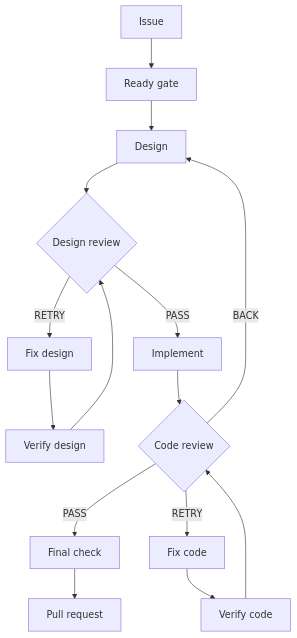
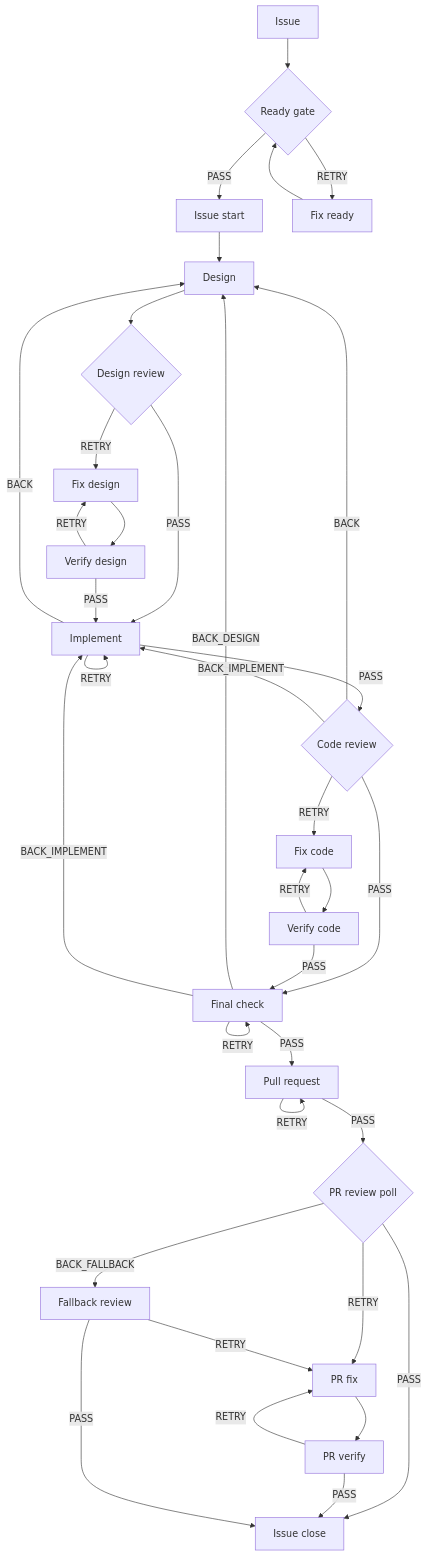
The diagram in README.ja.md (apokamo/kaji), drawn with Mermaid before and after one commit. The commit also changed 1 other file, not shown here.

Commit message:
docs: fix top README workflow diagram for #279

````diff
--- a/README.ja.md
+++ b/README.ja.md
@@ -43,19 +43,42 @@
 ```mermaid
 flowchart TB
-  Issue["Issue"] --> Ready["Ready gate"]
-  Ready --> Design["Design"]
+  Issue["Issue"] --> Ready{"Ready gate"}
+  Ready -- "PASS" --> Start["Issue start"]
+  Ready -- "RETRY" --> FixReady["Fix ready"]
+  FixReady --> Ready
+
+  Start --> Design["Design"]
   Design --> DesignReview{"Design review"}
   DesignReview -- "PASS" --> Implement["Implement"]
   DesignReview -- "RETRY" --> FixDesign["Fix design"]
   FixDesign --> VerifyDesign["Verify design"]
-  VerifyDesign --> DesignReview
+  VerifyDesign -- "PASS" --> Implement
+  VerifyDesign -- "RETRY" --> FixDesign
 
-  Implement --> CodeReview{"Code review"}
+  Implement -- "PASS" --> CodeReview{"Code review"}
+  Implement -- "RETRY" --> Implement
+  Implement -- "BACK" --> Design
   CodeReview -- "PASS" --> FinalCheck["Final check"]
   CodeReview -- "RETRY" --> FixCode["Fix code"]
+  CodeReview -- "BACK" --> Design
+  CodeReview -- "BACK_IMPLEMENT" --> Implement
   FixCode --> VerifyCode["Verify code"]
-  VerifyCode --> CodeReview
-  CodeReview -- "BACK" --> Design
+  VerifyCode -- "PASS" --> FinalCheck
+  VerifyCode -- "RETRY" --> FixCode
 
-  FinalCheck --> PR["Pull request"]
+  FinalCheck -- "PASS" --> PR["Pull request"]
+  FinalCheck -- "RETRY" --> FinalCheck
+  FinalCheck -- "BACK_DESIGN" --> Design
+  FinalCheck -- "BACK_IMPLEMENT" --> Implement
+
+  PR -- "PASS" --> ReviewPoll{"PR review poll"}
+  PR -- "RETRY" --> PR
+  ReviewPoll -- "PASS" --> Close["Issue close"]
+  ReviewPoll -- "RETRY" --> PRFix["PR fix"]
+  ReviewPoll -- "BACK_FALLBACK" --> Review["Fallback review"]
+  PRFix --> PRVerify["PR verify"]
+  PRVerify -- "PASS" --> Close
+  PRVerify -- "RETRY" --> PRFix
+  Review -- "PASS" --> Close
+  Review -- "RETRY" --> PRFix
 ```
````
